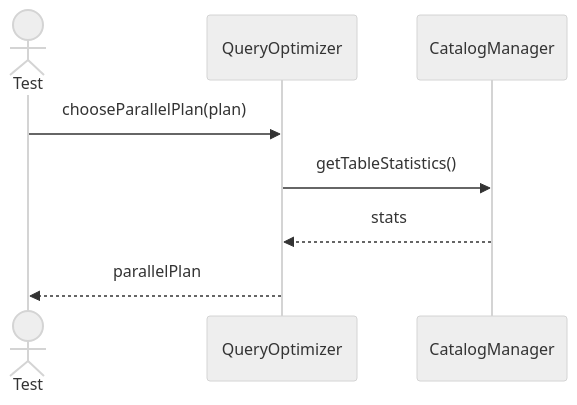
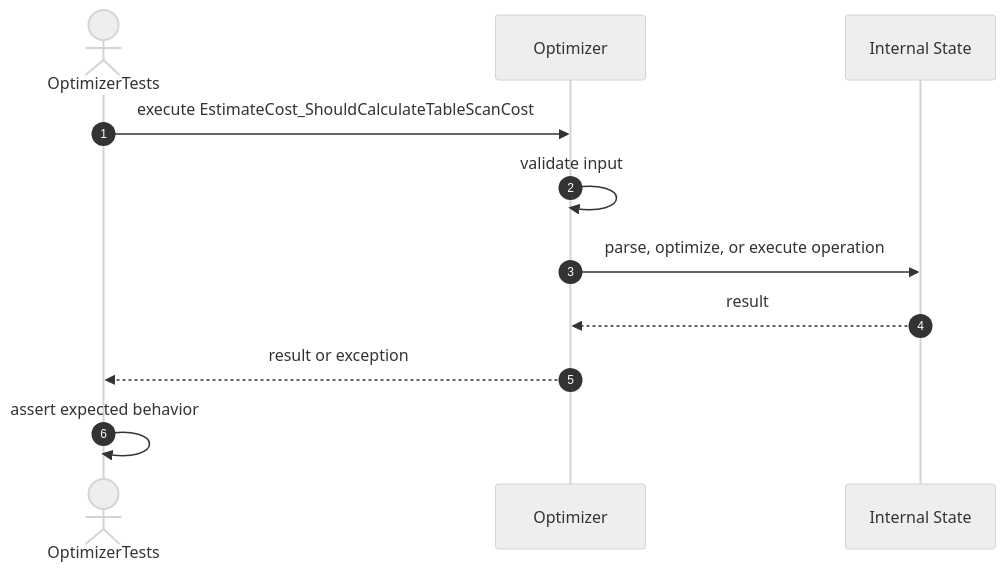
One commit to FhuAnn/-bbv-AN-s-DBMS changed the seventh of 19 diagrams in src/tests/unit/query/sequences/query-optimizer-testing.se.md. Above: the diagram before and after it, drawn with Mermaid (neutral theme). The commit also changed other lines of this file and 36 other files, not shown here.

````diff
--- a/src/tests/unit/query/sequences/query-optimizer-testing.se.md
+++ b/src/tests/unit/query/sequences/query-optimizer-testing.se.md
@@ -177,11 +115,14 @@
 ```mermaid
 sequenceDiagram
-actor Test
-participant QueryOptimizer
-participant CatalogManager
+    autonumber
+    actor Test as OptimizerTests
+    participant Target as Optimizer
+    participant Internal as Internal State
 
-Test->>QueryOptimizer: chooseParallelPlan(plan)
-QueryOptimizer->>CatalogManager: getTableStatistics()
-CatalogManager-->>QueryOptimizer: stats
-QueryOptimizer-->>Test: parallelPlan
+    Test->>Target: execute EstimateCost_ShouldCalculateTableScanCost
+    Target->>Target: validate input
+    Target->>Internal: parse, optimize, or execute operation
+    Internal-->>Target: result
+    Target-->>Test: result or exception
+    Test->>Test: assert expected behavior
 ```
````
